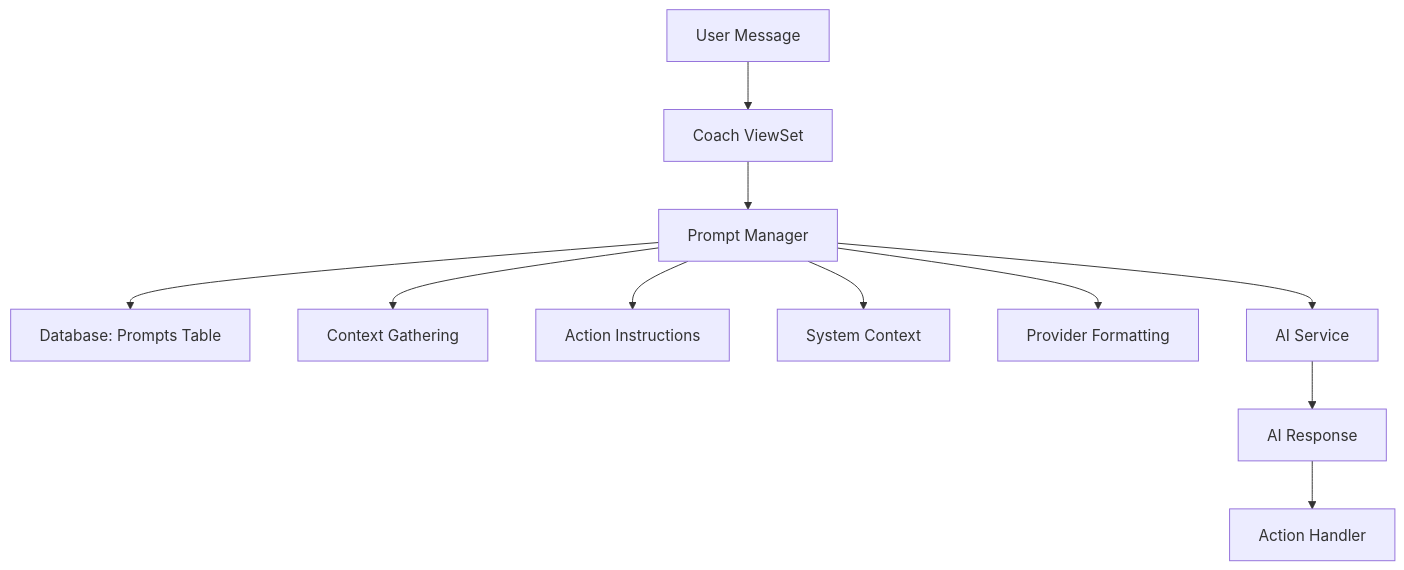
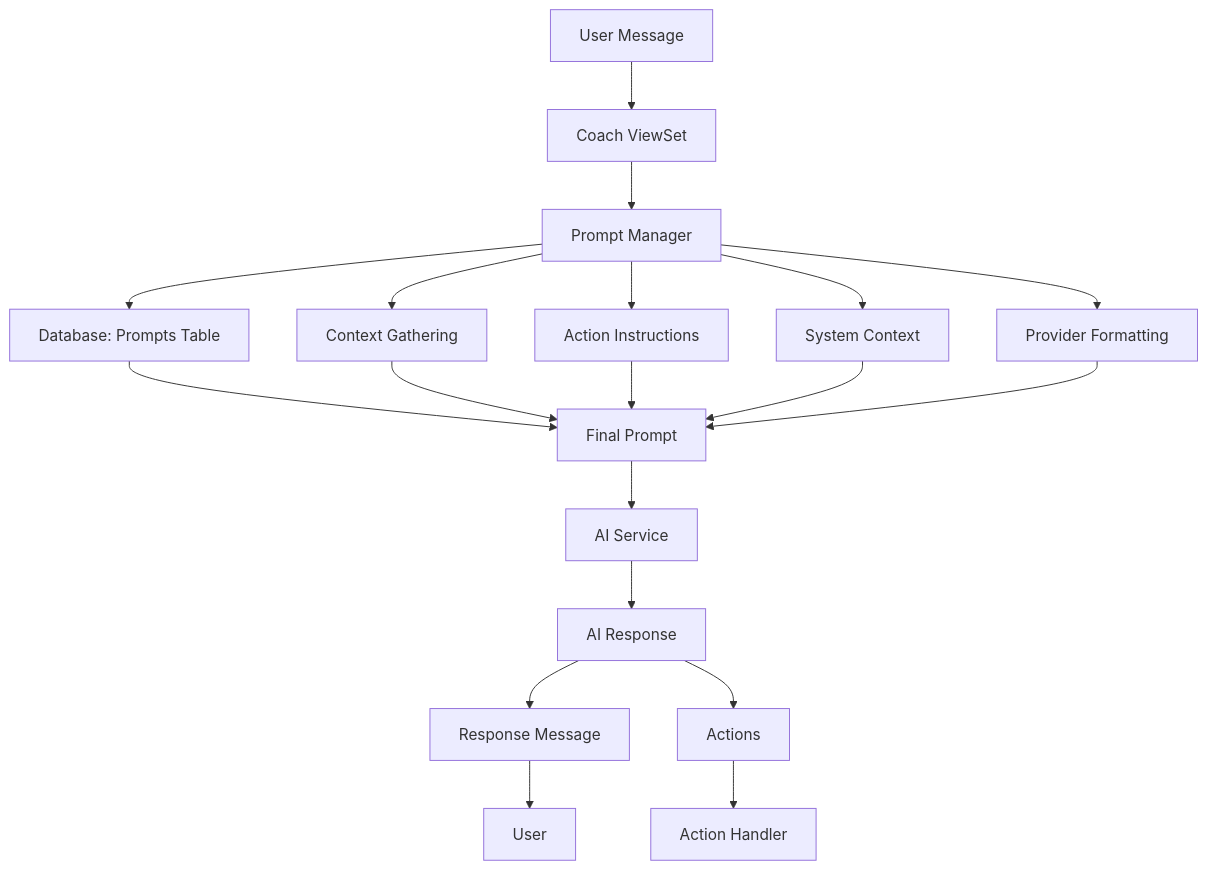
One commit to Discovita/dev-coach changed the diagram in docs/docs/core-systems/prompt-manager/overview.md. Above: the diagram before and after it, drawn with Mermaid. The commit also changed other lines of this file and 34 other files, not shown here.

````diff
--- a/docs/docs/core-systems/prompt-manager/overview.md
+++ b/docs/docs/core-systems/prompt-manager/overview.md
@@ -19,13 +19,21 @@
 ```mermaid
 graph TD
     A[User Message] --> B[Coach ViewSet]
     B --> C[Prompt Manager]
     C --> D[Database: Prompts Table]
     C --> E[Context Gathering]
     C --> F[Action Instructions]
     C --> G[System Context]
     C --> H[Provider Formatting]
-    C --> I[AI Service]
-    I --> J[AI Response]
-    J --> K[Action Handler]
+    D --> I[Final Prompt]
+    E --> I
+    F --> I
+    G --> I
+    H --> I
+    I --> J[AI Service]
+    J --> K[AI Response]
+    K --> L[Response Message]
+    K --> M[Actions]
+    L --> N[User]
+    M --> O[Action Handler]
 ```
````
